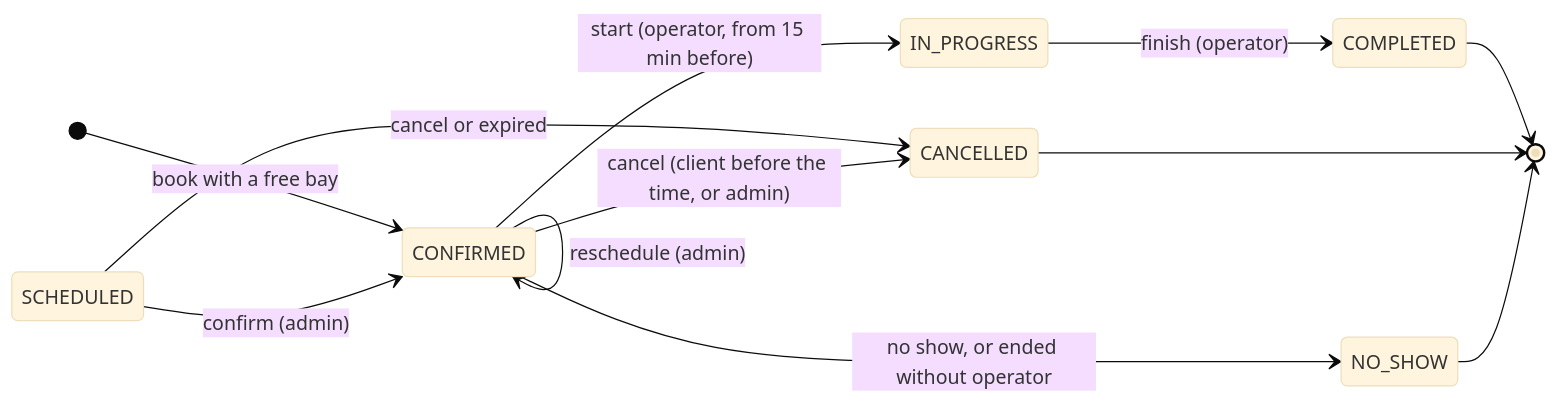
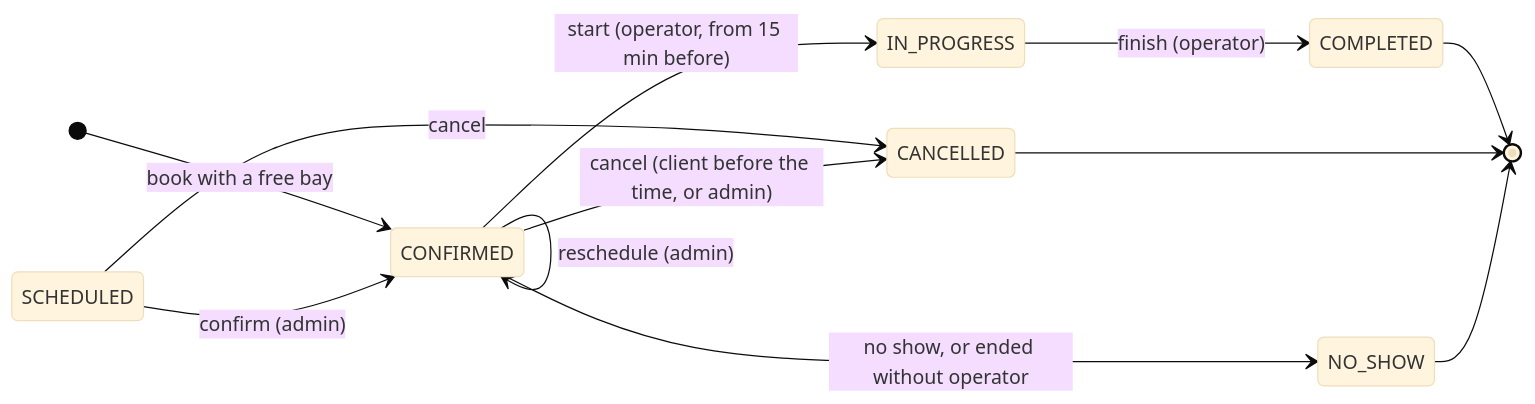
Before and after one commit to BrayanCABRERA123/lavarapido-docs: the fourth of 4 diagrams in 10_ARTICULO_DEL_PROYECTO/MD/articulo-del-proyecto-apa7.md, drawn with Mermaid (base theme). The commit also changed other lines of this file, not shown here.

````diff
--- a/10_ARTICULO_DEL_PROYECTO/MD/articulo-del-proyecto-apa7.md
+++ b/10_ARTICULO_DEL_PROYECTO/MD/articulo-del-proyecto-apa7.md
@@ -700,15 +700,15 @@
 ```mermaid
 stateDiagram-v2
     direction LR
     [*] --> CONFIRMED : book with a free bay
     SCHEDULED --> CONFIRMED : confirm (admin)
-    SCHEDULED --> CANCELLED : cancel or expired
+    SCHEDULED --> CANCELLED : cancel
     CONFIRMED --> CONFIRMED : reschedule (admin)
     CONFIRMED --> IN_PROGRESS : start (operator, from 15 min before)
     CONFIRMED --> CANCELLED : cancel (client before the time, or admin)
     CONFIRMED --> NO_SHOW : no show, or ended without operator
     IN_PROGRESS --> COMPLETED : finish (operator)
     COMPLETED --> [*]
     CANCELLED --> [*]
     NO_SHOW --> [*]
 ```
````
